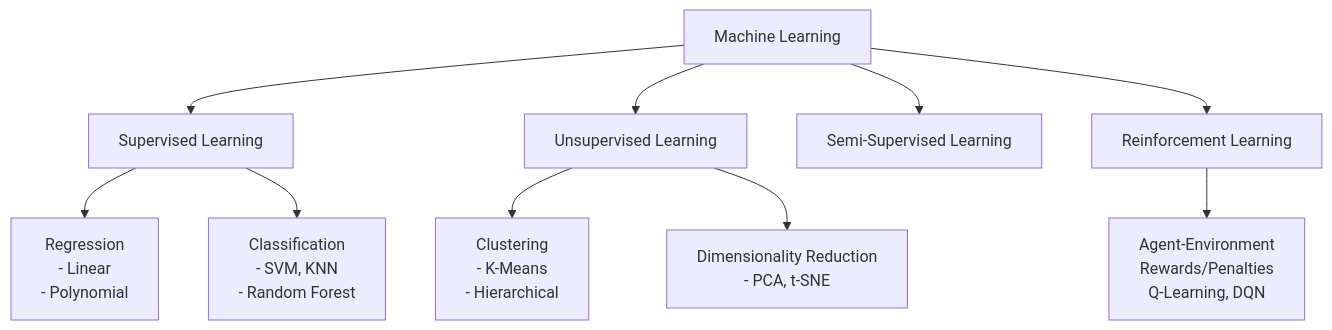
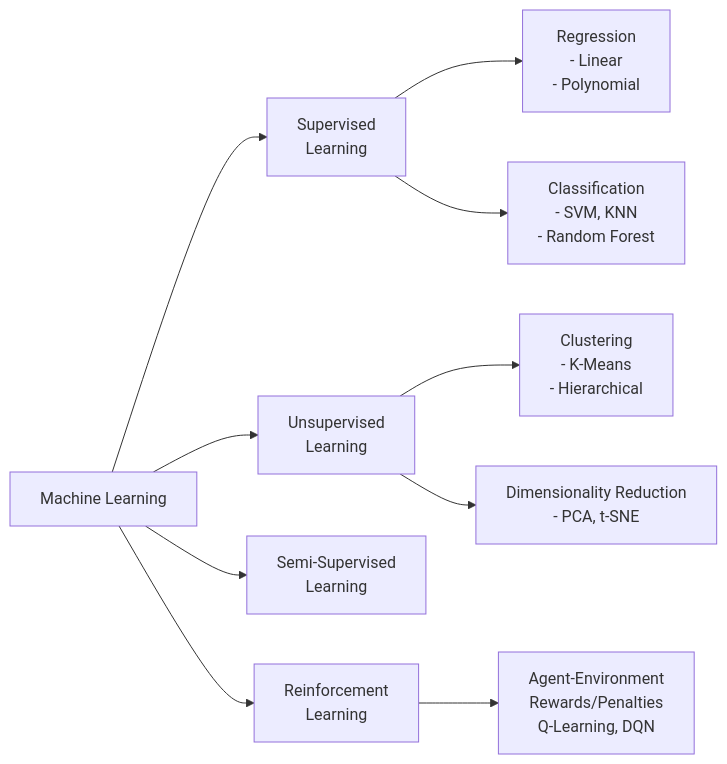
One commit to amitdevx/TY changed the second of 7 diagrams in 01-Semester-V/CS-321-VSC-P-AI-ML/Unit-2.md. Above: the diagram before and after it, drawn with Mermaid. The commit also changed other lines of this file and 65 other files, not shown here.

Commit message:
fix:graph vertical

````diff
--- a/01-Semester-V/CS-321-VSC-P-AI-ML/Unit-2.md
+++ b/01-Semester-V/CS-321-VSC-P-AI-ML/Unit-2.md
@@ -62,15 +62,15 @@
 ```mermaid
-graph TD
-    ML[Machine Learning] --> SL[Supervised Learning]
-    ML --> UL[Unsupervised Learning]
-    ML --> SSL[Semi-Supervised Learning]
-    ML --> RL[Reinforcement Learning]
+graph LR
+    ML[Machine Learning] --> SL[Supervised<br/>Learning]
+    ML --> UL[Unsupervised<br/>Learning]
+    ML --> SSL[Semi-Supervised<br/>Learning]
+    ML --> RL[Reinforcement<br/>Learning]
     
     SL --> Reg[Regression<br>- Linear<br>- Polynomial]
     SL --> Cls[Classification<br>- SVM, KNN<br>- Random Forest]
     
     UL --> Clu[Clustering<br>- K-Means<br>- Hierarchical]
     UL --> DR[Dimensionality Reduction<br>- PCA, t-SNE]
     
     RL --> Ag["Agent-Environment<br>Rewards/Penalties<br>Q-Learning, DQN"]
 ```
````
